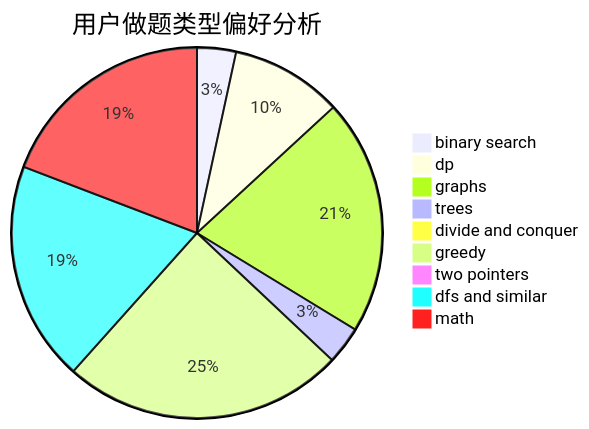
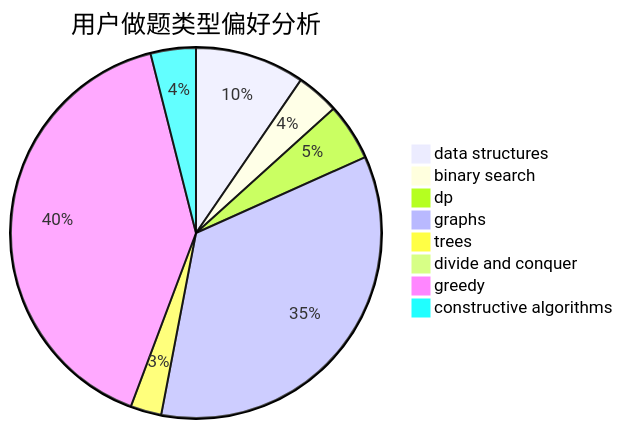
The second of 3 diagrams in docs/user/u1943.md (sherpahu/cfrs.github.io), drawn with Mermaid before and after one commit. The commit also changed other lines of this file and 2775 other files, not shown here.

````diff
--- a/docs/user/u1943.md
+++ b/docs/user/u1943.md
@@ -23,12 +23,11 @@
 ```mermaid
 pie title 用户做题类型偏好分析
-    "binary search" :  32
-    "dp" :  92
-    "graphs" :  194
-    "trees" :  31
+    "data structures" :  46
+    "binary search" :  18
+    "dp" :  24
+    "graphs" :  167
+    "trees" :  13
     "divide and conquer" :  0
-    "greedy" :  232
-    "two pointers" :  3
-    "dfs and similar" :  181
-    "math" :  181
+    "greedy" :  194
+    "constructive algorithms" :  19
 ```
````
